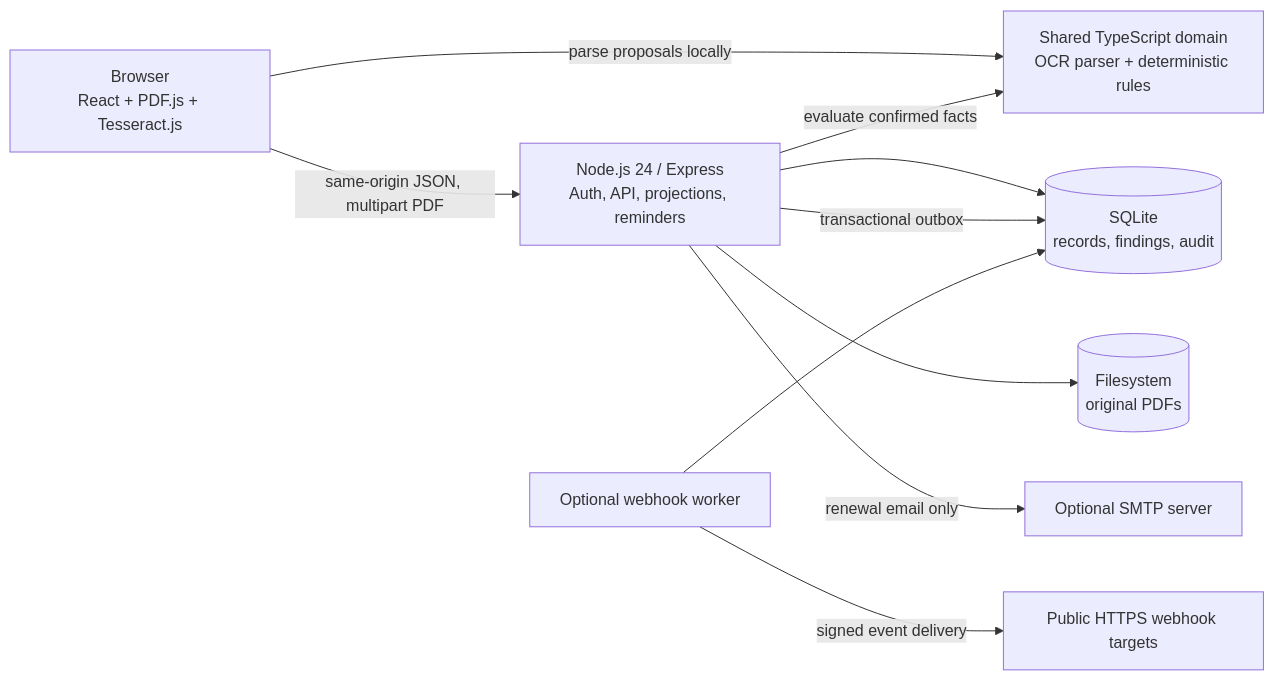
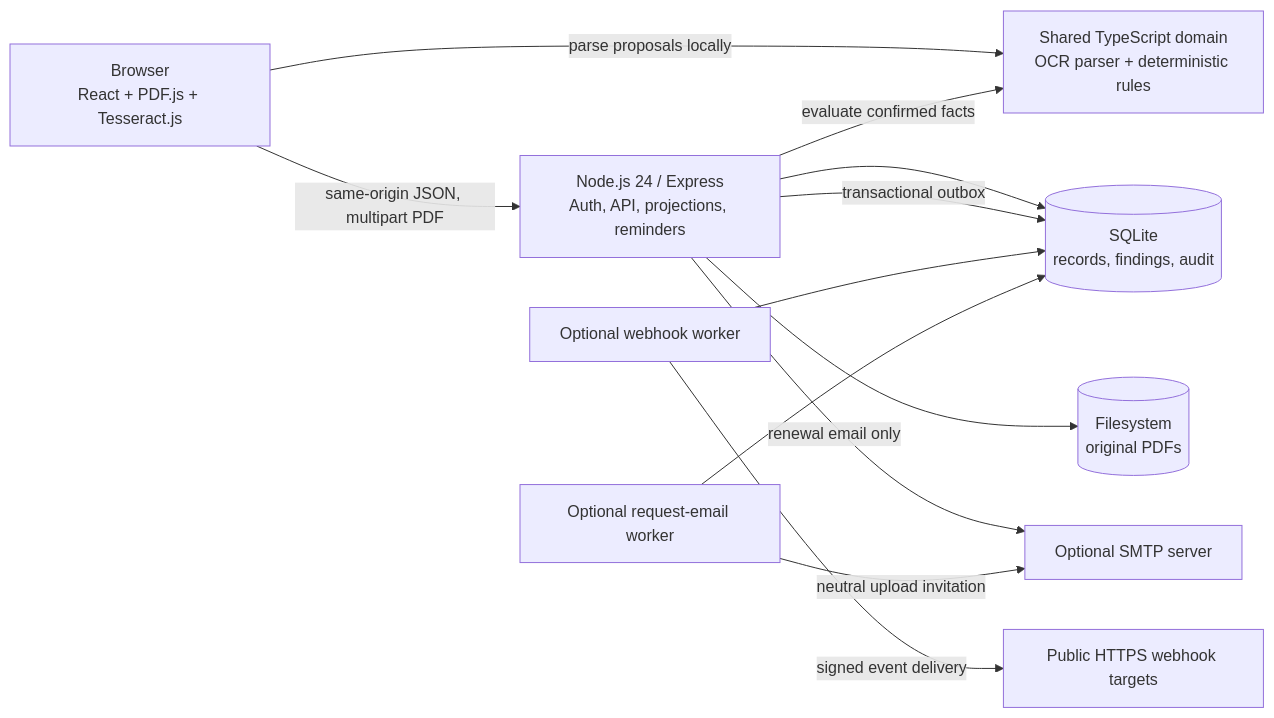
One commit to ajayasai/opencoi changed the diagram in docs/ARCHITECTURE.md. Above: the diagram before and after it, drawn with Mermaid. The commit also changed other lines of this file and 50 other files, not shown here.

````diff
--- a/docs/ARCHITECTURE.md
+++ b/docs/ARCHITECTURE.md
@@ -9,21 +9,24 @@
 ```mermaid
 flowchart LR
     B[Browser\nReact + PDF.js + Tesseract.js]
     A[Node.js 24 / Express\nAuth, API, projections, reminders]
     E[Shared TypeScript domain\nOCR parser + deterministic rules]
     D[(SQLite\nrecords, findings, audit)]
     F[(Filesystem\noriginal PDFs)]
     M[Optional SMTP server]
     W[Optional webhook worker]
+    R[Optional request-email worker]
     H[Public HTTPS webhook targets]
 
     B -->|same-origin JSON, multipart PDF| A
     B -->|parse proposals locally| E
     A -->|evaluate confirmed facts| E
     A --> D
     A --> F
     A -->|renewal email only| M
     A -->|transactional outbox| D
     W --> D
     W -->|signed event delivery| H
+    R --> D
+    R -->|neutral upload invitation| M
 ```
````
